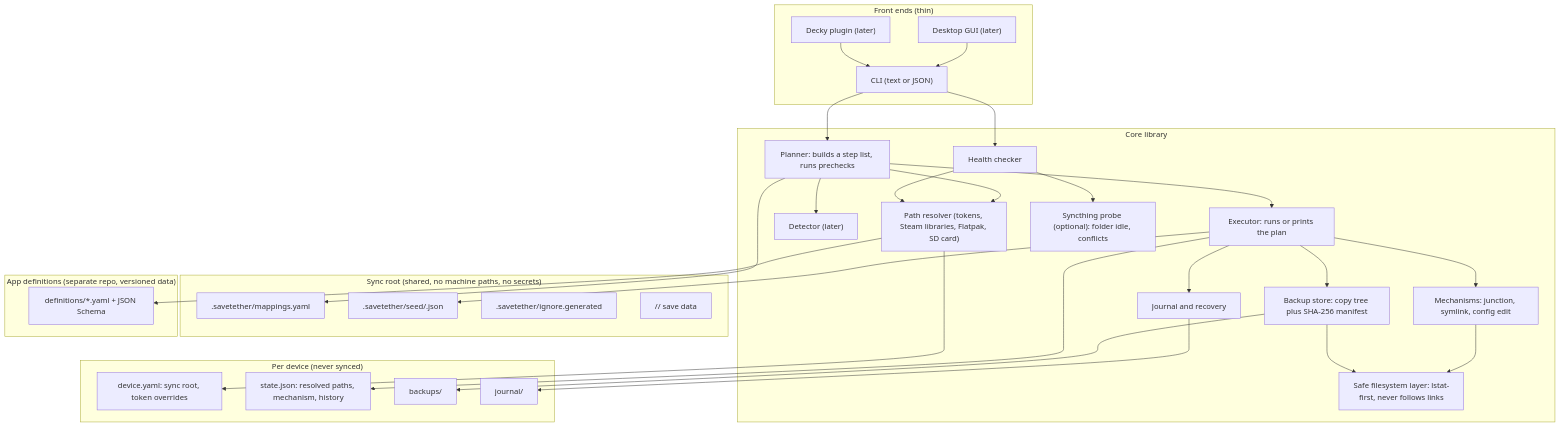
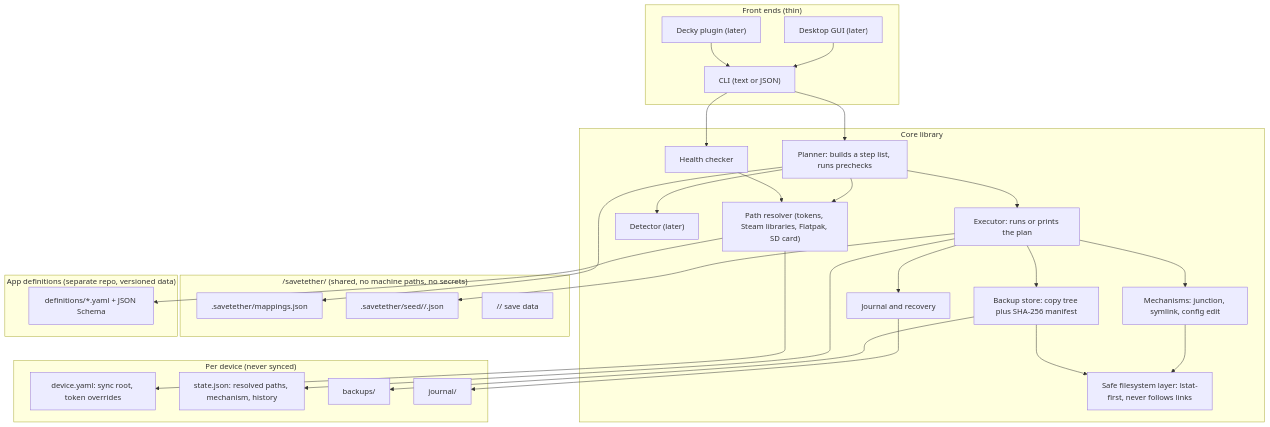
Before and after one commit to carlocgc/SaveTether: the first of 2 diagrams in docs/design/save-redirection-design.md, drawn with Mermaid. The commit also changed other lines of this file, not shown here.

````diff
--- a/docs/design/save-redirection-design.md
+++ b/docs/design/save-redirection-design.md
@@ -214,58 +217,55 @@
 ```mermaid
 flowchart TB
   subgraph UI["Front ends (thin)"]
     CLI["CLI (text or JSON)"]
     GUI["Desktop GUI (later)"]
     DECKY["Decky plugin (later)"]
   end
   GUI --> CLI
   DECKY --> CLI
 
   subgraph CORE["Core library"]
     RES["Path resolver (tokens, Steam libraries, Flatpak, SD card)"]
     DET["Detector (later)"]
     PLAN["Planner: builds a step list, runs prechecks"]
     EXEC["Executor: runs or prints the plan"]
     HEALTH["Health checker"]
     SAFEFS["Safe filesystem layer: lstat-first, never follows links"]
     MECH["Mechanisms: junction, symlink, config edit"]
     BK["Backup store: copy tree plus SHA-256 manifest"]
     JR["Journal and recovery"]
-    ST["Syncthing probe (optional): folder idle, conflicts"]
   end
   CLI --> PLAN
   CLI --> HEALTH
   PLAN --> RES
   PLAN --> DET
   PLAN --> EXEC
   EXEC --> MECH
   EXEC --> BK
   EXEC --> JR
   MECH --> SAFEFS
   BK --> SAFEFS
   HEALTH --> RES
-  HEALTH --> ST
 
-  subgraph SHARED["Sync root (shared, no machine paths, no secrets)"]
-    MAP[".savetether/mappings.yaml"]
-    SEED[".savetether/seed/<mapping>.json"]
-    IGN[".savetether/ignore.generated"]
-    DATA["<app>/<role>/ save data"]
+  subgraph SHARED["<sync root>/savetether/ (shared, no machine paths, no secrets)"]
+    MAP[".savetether/mappings.json"]
+    SEED[".savetether/seed/<mapping>/<device>.json"]
+    DATA["<app>/<save folder>/ save data"]
   end
   subgraph LOCAL["Per device (never synced)"]
     DEV["device.yaml: sync root, token overrides"]
     STATE["state.json: resolved paths, mechanism, history"]
     BACK["backups/"]
     JOUR["journal/"]
   end
   subgraph DEFS["App definitions (separate repo, versioned data)"]
     D1["definitions/*.yaml + JSON Schema"]
   end
   RES --> DEV
   RES --> D1
   PLAN --> MAP
   EXEC --> STATE
   BK --> BACK
   JR --> JOUR
   EXEC --> SEED
 ```
````
